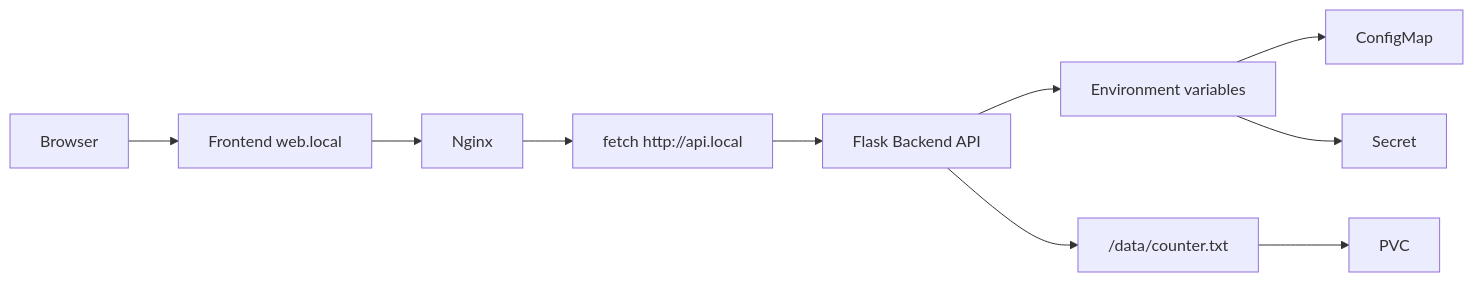
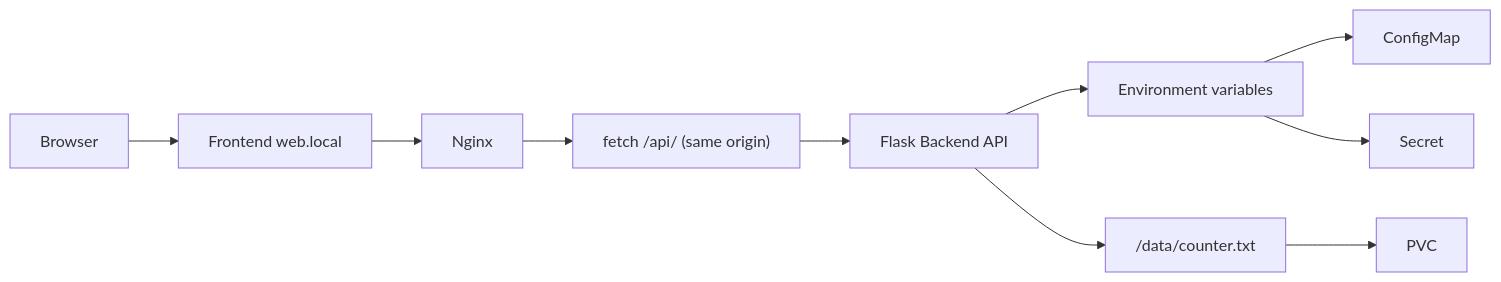
The second of 4 diagrams in README.en.md (oscarHidalgo93/devops-project), drawn with Mermaid before and after one commit. The commit also changed other lines of this file and 1 other file, not shown here.

Commit message:
docs: dominio único con la API bajo /api, en ambos idiomas

````diff
--- a/README.en.md
+++ b/README.en.md
@@ -93,12 +93,12 @@
 ```mermaid
 flowchart LR
     Browser[Browser] --> Web["Frontend web.local"]
     Web --> Nginx["Nginx"]
-    Nginx --> ApiCall["fetch http://api.local"]
+    Nginx --> ApiCall["fetch /api/ (same origin)"]
     ApiCall --> Flask["Flask Backend API"]
     Flask --> Env["Environment variables"]
     Env --> CM["ConfigMap"]
     Env --> Sec["Secret"]
     Flask --> Data["/data/counter.txt"]
     Data --> PVC["PVC"]
 ```
````
